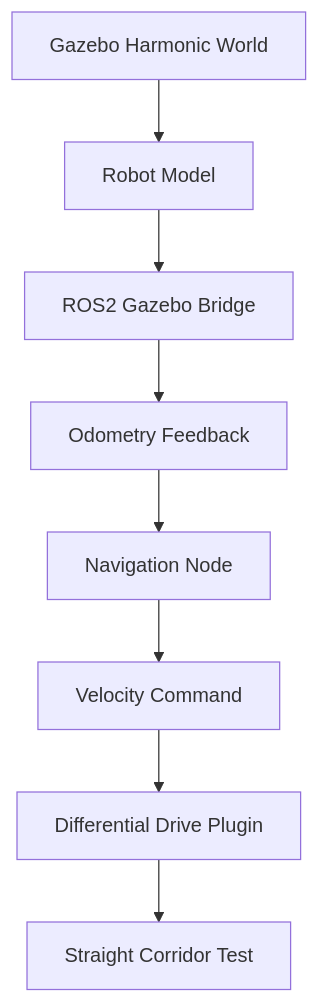
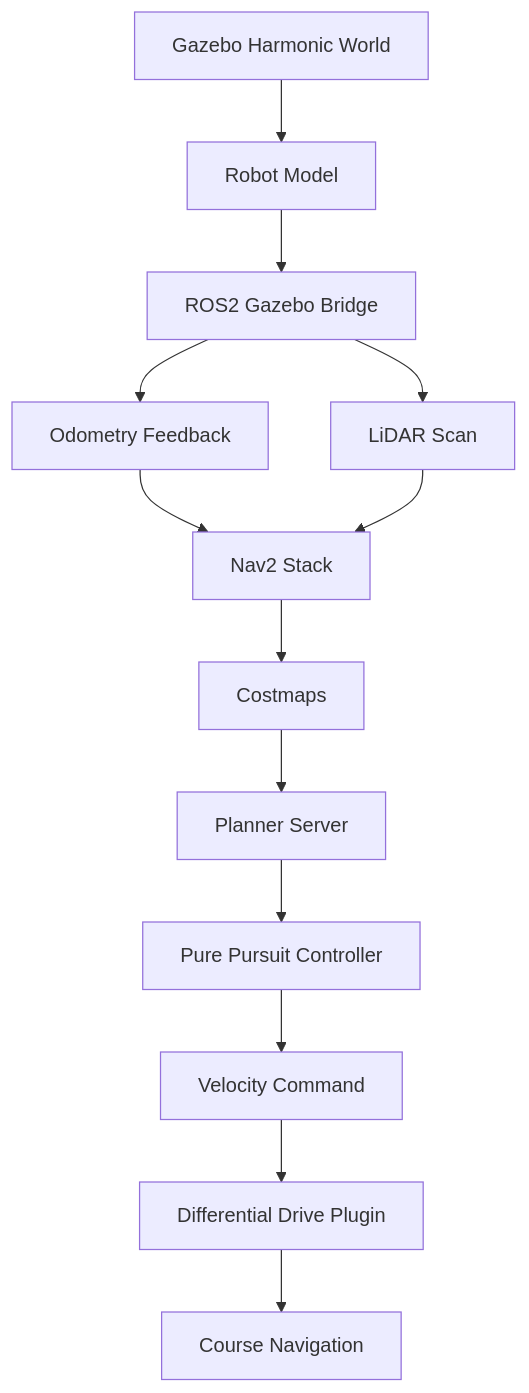
Before and after one commit to Lucas112356/Autonomous-Navigation-Simulation: the diagram in README.md, drawn with Mermaid. The commit also changed other lines of this file and 12 other files, not shown here.

````diff
--- a/README.md
+++ b/README.md
@@ -58,10 +71,15 @@
 ```mermaid
 graph TD
     A[Gazebo Harmonic World] --> B[Robot Model]
     B --> C[ROS2 Gazebo Bridge]
     C --> D[Odometry Feedback]
-    D --> E[Navigation Node]
-    E --> F[Velocity Command]
+    C --> I[LiDAR Scan]
+    D --> E[Nav2 Stack]
+    I --> E
+    E --> J[Costmaps]
+    J --> K[Planner Server]
+    K --> L[Pure Pursuit Controller]
+    L --> F[Velocity Command]
     F --> G[Differential Drive Plugin]
-    G --> H[Straight Corridor Test]
+    G --> H[Course Navigation]
 ```
````
